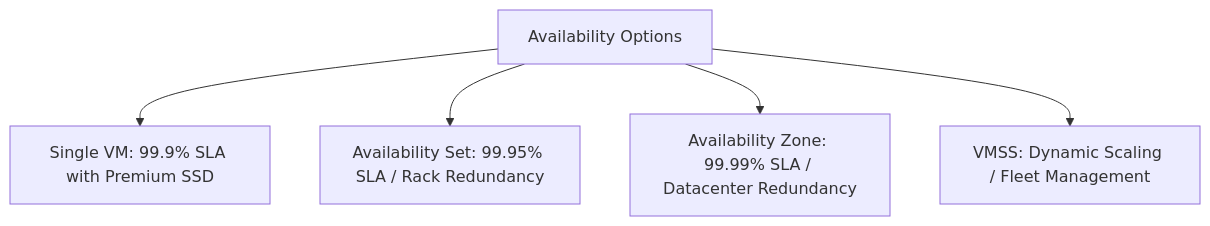
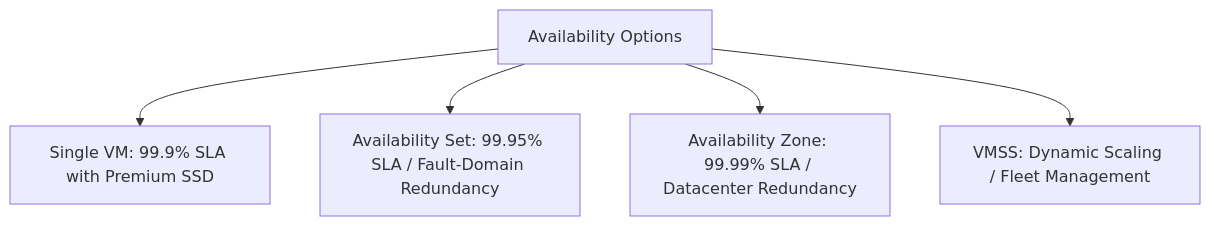
Before and after one commit to yeongseon/azure-virtual-machine-practical-guide: the diagram in docs/reference/index.md, drawn with Mermaid. The commit also changed 7 other files, not shown here.

````diff
--- a/docs/reference/index.md
+++ b/docs/reference/index.md
@@ -18,7 +18,7 @@
 ```mermaid
 graph TD
     A[Availability Options] --> B[Single VM: 99.9% SLA with Premium SSD]
-    A --> C[Availability Set: 99.95% SLA / Rack Redundancy]
+    A --> C[Availability Set: 99.95% SLA / Fault-Domain Redundancy]
     A --> D[Availability Zone: 99.99% SLA / Datacenter Redundancy]
     A --> E[VMSS: Dynamic Scaling / Fleet Management]
 ```
````
